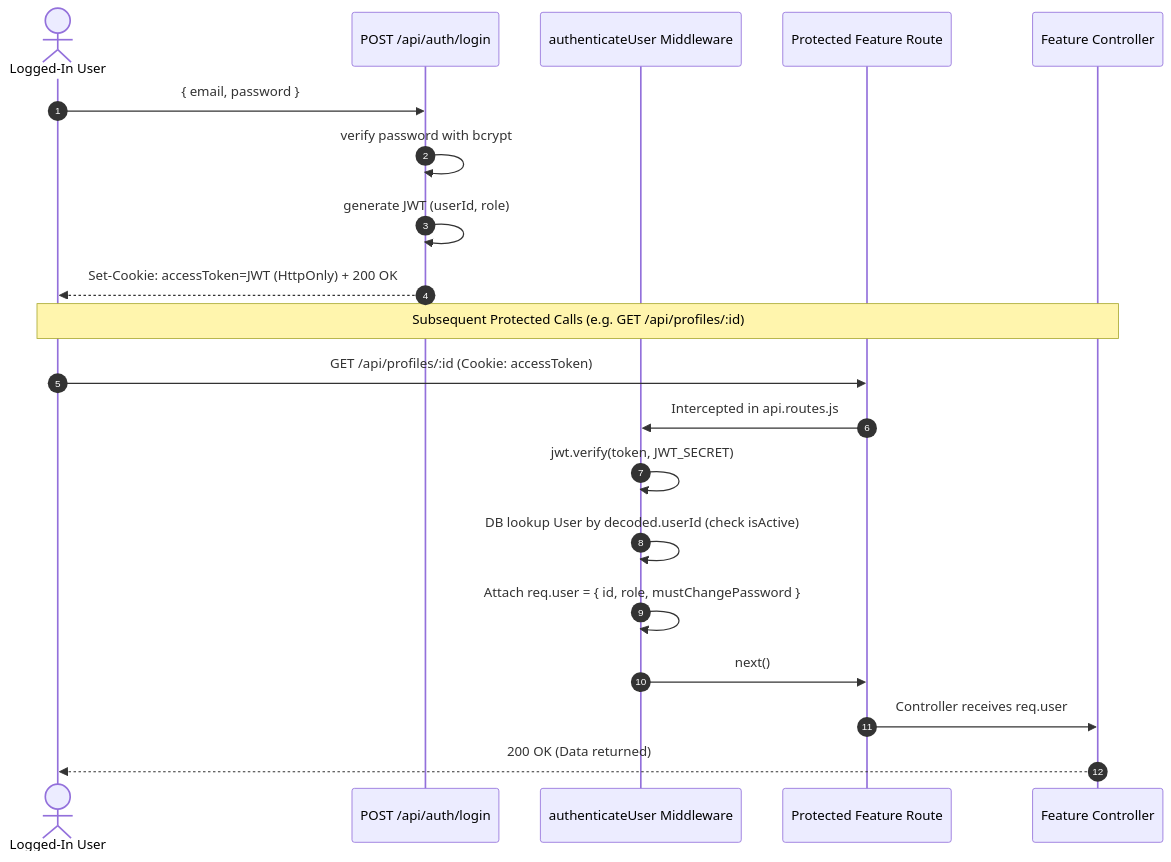
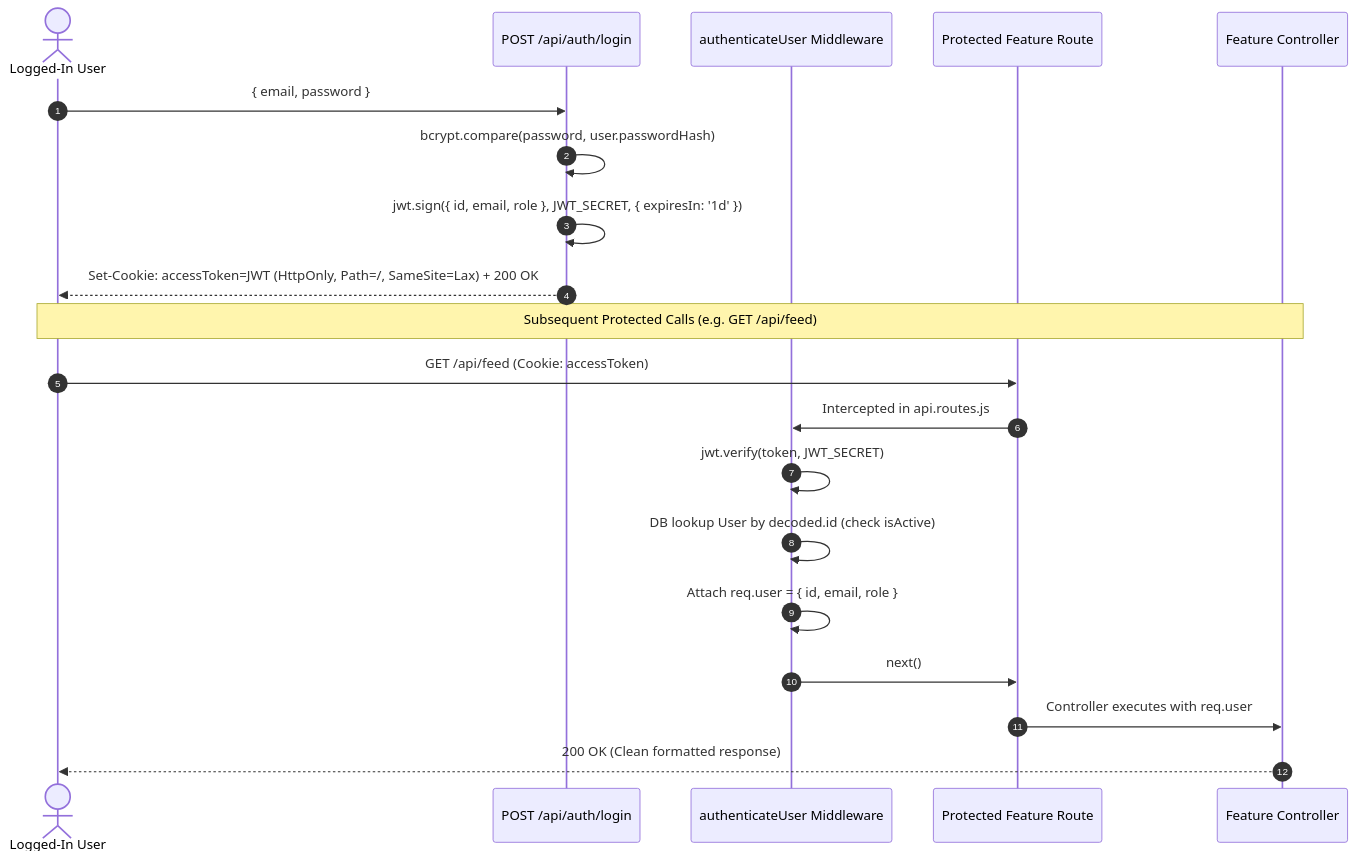
One commit to ARPITPRAJAPATI/Only_jobs changed the fifth of 5 diagrams in backend/arch/backend_architecture_and_maps.md. Above: the diagram before and after it, drawn with Mermaid. The commit also changed other lines of this file and 2 other files, not shown here.

Commit message:
docs: add comprehensive backend architecture maps and implementation plans

````diff
--- a/backend/arch/backend_architecture_and_maps.md
+++ b/backend/arch/backend_architecture_and_maps.md
@@ -235,24 +295,24 @@
 ```mermaid
 sequenceDiagram
     autonumber
     actor User as Logged-In User
     participant Auth as POST /api/auth/login
     participant Mid as authenticateUser Middleware
     participant Route as Protected Feature Route
     participant Controller as Feature Controller
 
     User->>Auth: { email, password }
-    Auth->>Auth: verify password with bcrypt
-    Auth->>Auth: generate JWT (userId, role)
-    Auth-->>User: Set-Cookie: accessToken=JWT (HttpOnly) + 200 OK
+    Auth->>Auth: bcrypt.compare(password, user.passwordHash)
+    Auth->>Auth: jwt.sign({ id, email, role }, JWT_SECRET, { expiresIn: '1d' })
+    Auth-->>User: Set-Cookie: accessToken=JWT (HttpOnly, Path=/, SameSite=Lax) + 200 OK
 
-    Note over User, Controller: Subsequent Protected Calls (e.g. GET /api/profiles/:id)
-    User->>Route: GET /api/profiles/:id (Cookie: accessToken)
+    Note over User, Controller: Subsequent Protected Calls (e.g. GET /api/feed)
+    User->>Route: GET /api/feed (Cookie: accessToken)
     Route->>Mid: Intercepted in api.routes.js
     Mid->>Mid: jwt.verify(token, JWT_SECRET)
-    Mid->>Mid: DB lookup User by decoded.userId (check isActive)
-    Mid->>Mid: Attach req.user = { id, role, mustChangePassword }
+    Mid->>Mid: DB lookup User by decoded.id (check isActive)
+    Mid->>Mid: Attach req.user = { id, email, role }
     Mid->>Route: next()
-    Route->>Controller: Controller receives req.user
-    Controller-->>User: 200 OK (Data returned)
+    Route->>Controller: Controller executes with req.user
+    Controller-->>User: 200 OK (Clean formatted response)
 ```
````
